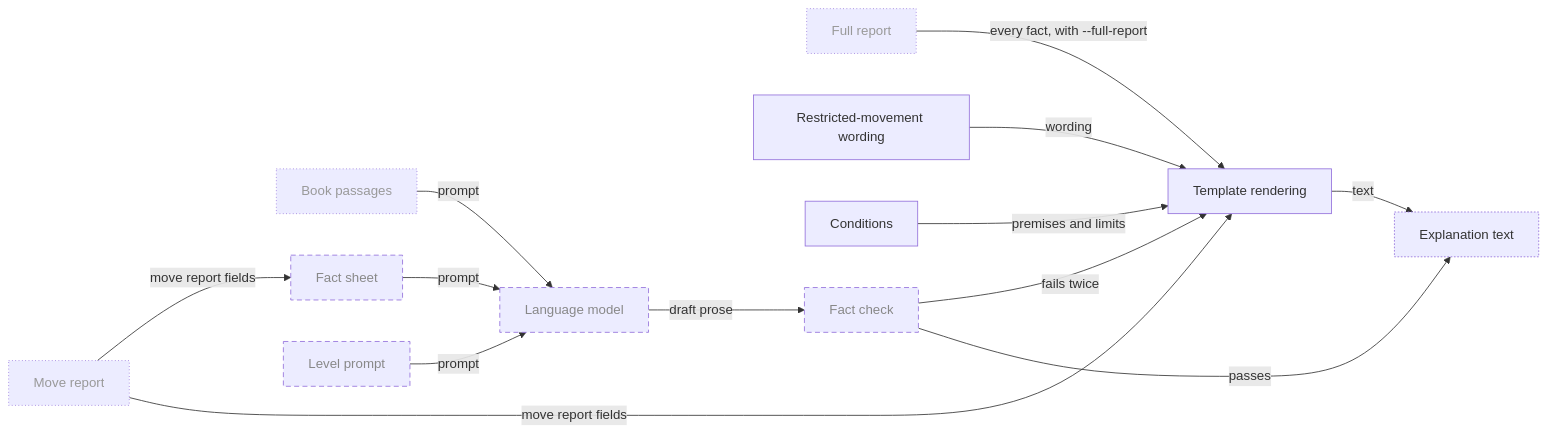
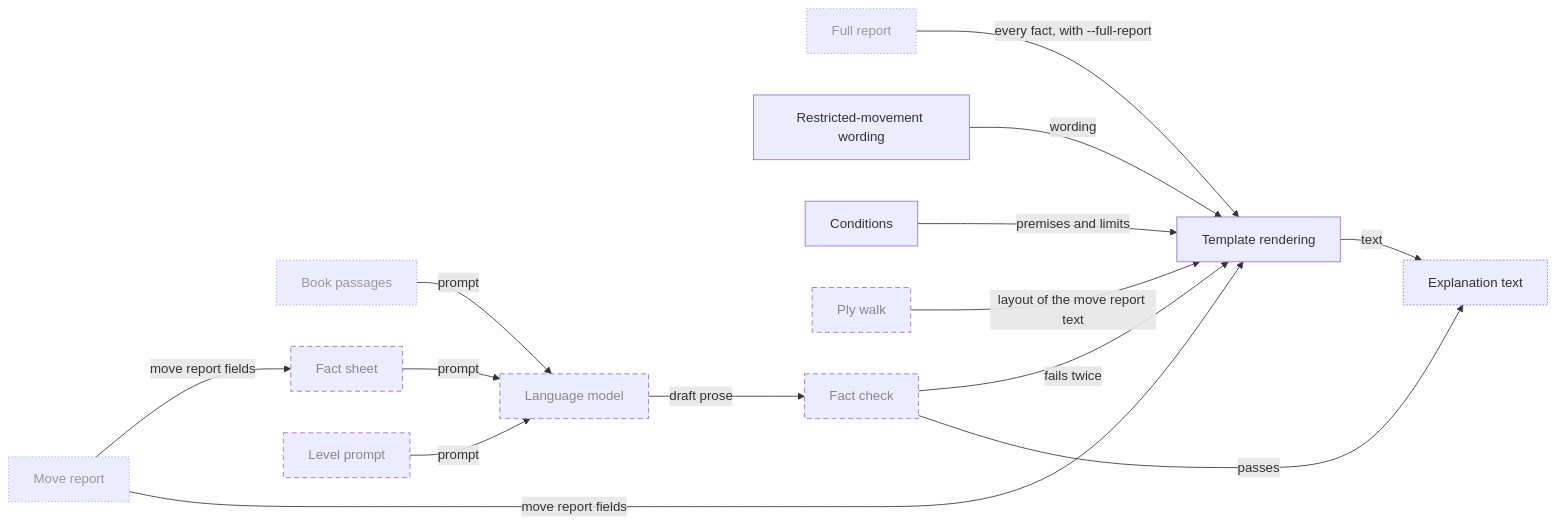
Before and after one commit to aurja/ChessWhy: diagram 12 of 25 in Planning/DBC/CONCEPTS.md, drawn with Mermaid. The commit also changed other lines of this file and 2 other files, not shown here.

Commit message:
PostM4_EM4 part 1b contract: ply walk layout for the move report text, line_fens

````diff
--- a/Planning/DBC/CONCEPTS.md
+++ b/Planning/DBC/CONCEPTS.md
@@ -611,29 +611,31 @@
 ```mermaid
 flowchart LR
     MoveReport["Move report"]
     ReportDocument["Full report"]
     BookPassages["Book passages"]
     RestrictedMovement["Restricted-movement wording"]
     Conditions["Conditions"]
+    PlyWalk["Ply walk"]
     TemplateRendering["Template rendering"]
     FactSheet["Fact sheet"]
     LevelPrompt["Level prompt"]
     LanguageModel["Language model"]
     FactCheck["Fact check"]
     ExplanationText["Explanation text"]
     MoveReport -->|move report fields| TemplateRendering & FactSheet
     ReportDocument -->|every fact, with --full-report| TemplateRendering
     RestrictedMovement -->|wording| TemplateRendering
     Conditions -->|premises and limits| TemplateRendering
+    PlyWalk -->|layout of the move report text| TemplateRendering
     FactSheet & LevelPrompt & BookPassages -->|prompt| LanguageModel
     LanguageModel -->|draft prose| FactCheck
     FactCheck -->|passes| ExplanationText
     FactCheck -->|fails twice| TemplateRendering
     TemplateRendering -->|text| ExplanationText
     classDef planned stroke-dasharray:6 4,color:#888
     classDef partial stroke-dasharray:2 2
     classDef external stroke-dasharray:1 3,color:#999
     class MoveReport,ReportDocument,BookPassages external
-    class FactSheet,LevelPrompt,LanguageModel,FactCheck planned
+    class FactSheet,LevelPrompt,LanguageModel,FactCheck,PlyWalk planned
     class ExplanationText partial
 ```
````
